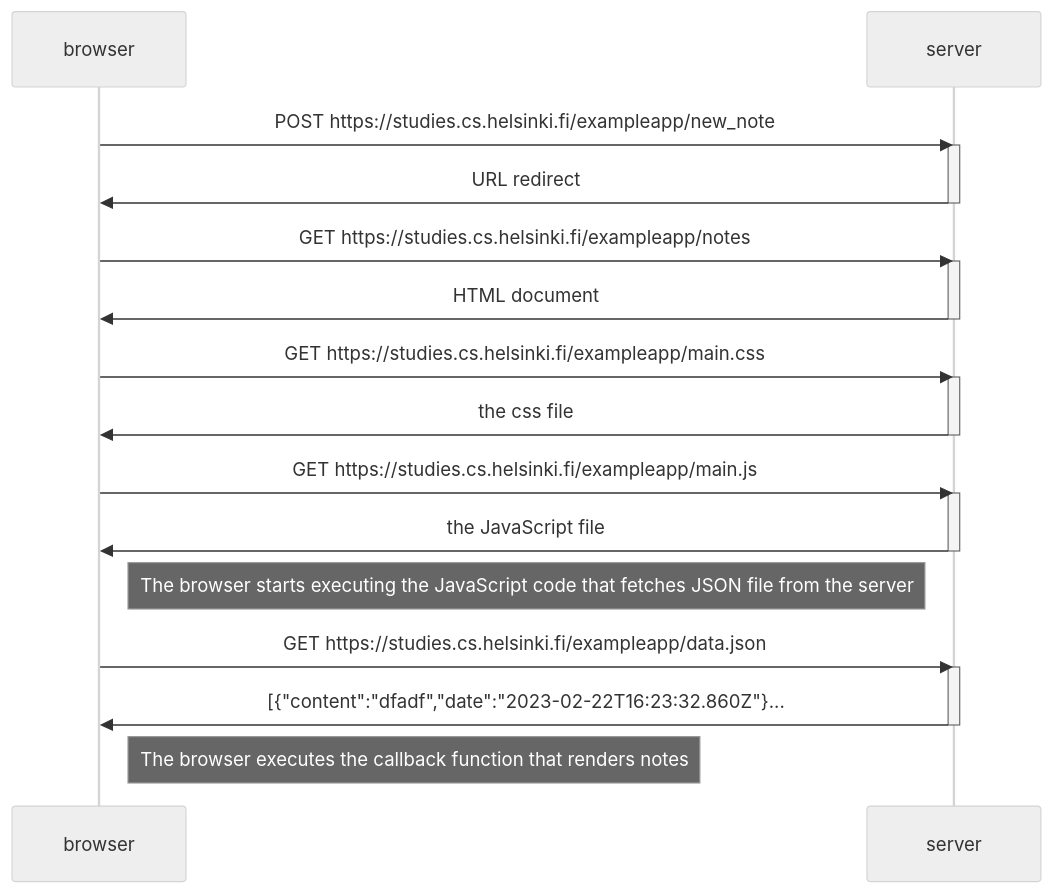
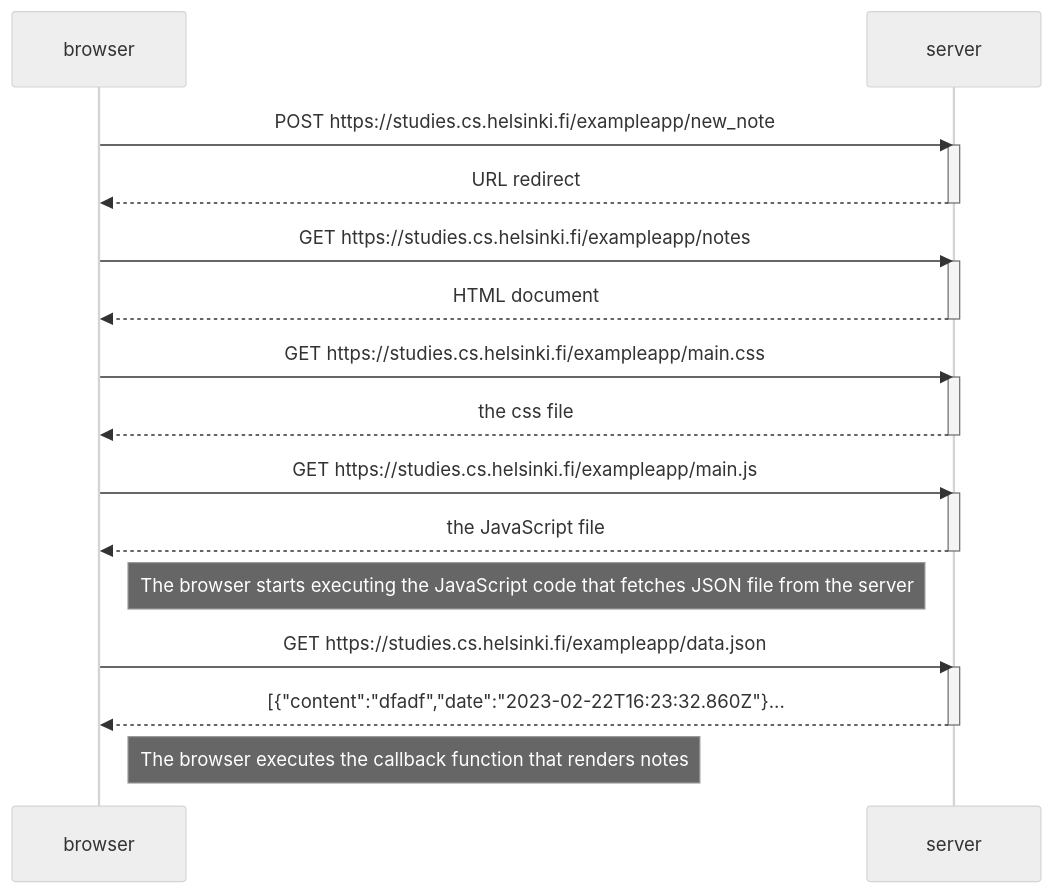
Before and after one commit to MrOwenWatts/FSO-2023: the diagram in part0/exercise-0.4.md, drawn with Mermaid (neutral theme).

Commit message:
Update to the solution

````diff
--- a/part0/exercise-0.4.md
+++ b/part0/exercise-0.4.md
@@ -1,34 +1,34 @@
 ```mermaid
 sequenceDiagram
     participant browser
     participant server
 
     browser ->> server: POST https://studies.cs.helsinki.fi/exampleapp/new_note
     activate server
-    server ->> browser: URL redirect
+    server -->> browser: URL redirect
     deactivate server
 
     browser ->> server: GET https://studies.cs.helsinki.fi/exampleapp/notes
     activate server
-    server ->> browser: HTML document
+    server -->> browser: HTML document
     deactivate server
 
     browser ->> server: GET https://studies.cs.helsinki.fi/exampleapp/main.css
     activate server
-    server ->> browser: the css file
+    server -->> browser: the css file
     deactivate server
 
     browser ->> server: GET https://studies.cs.helsinki.fi/exampleapp/main.js
     activate server
-    server ->> browser: the JavaScript file
+    server -->> browser: the JavaScript file
     deactivate server
 
     Note right of browser: The browser starts executing the JavaScript code that fetches JSON file from the server
 
     browser ->> server: GET https://studies.cs.helsinki.fi/exampleapp/data.json
     activate server
-    server ->> browser: [{"content":"dfadf","date":"2023-02-22T16:23:32.860Z"}...
+    server -->> browser: [{"content":"dfadf","date":"2023-02-22T16:23:32.860Z"}...
     deactivate server
 
     Note right of browser: The browser executes the callback function that renders notes
 ```
````
